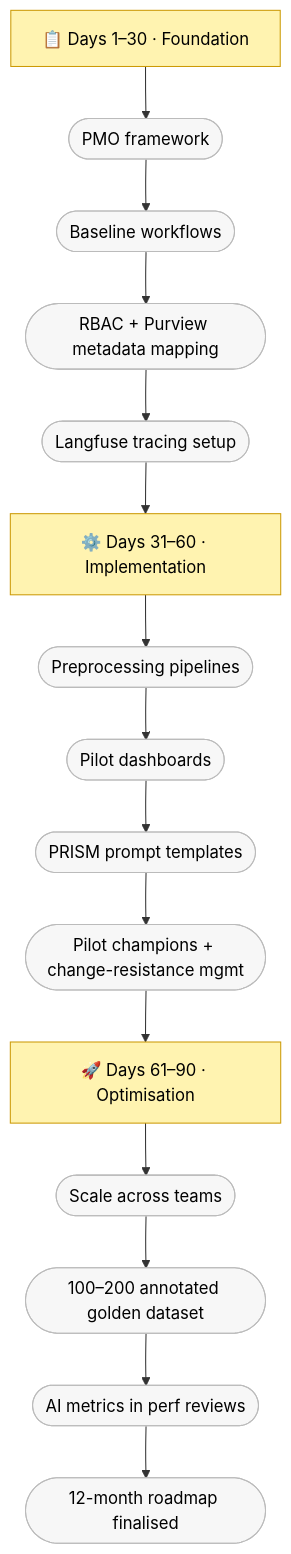
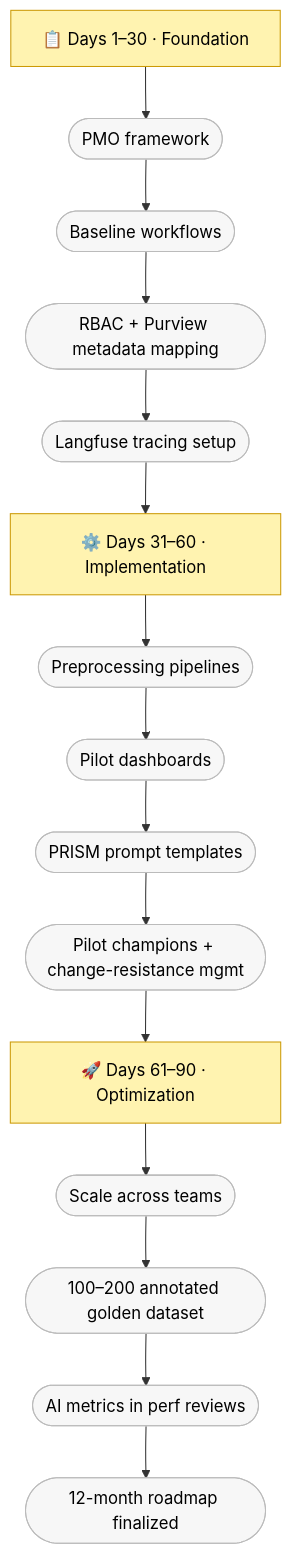
One commit to sfrancis2017/sajivfrancis.github.io changed the fifth of 5 diagrams in src/content/blog/2026-06-07-ai-driven-leadership.mdx. Above: the diagram before and after it, drawn with Mermaid. The commit also changed other lines of this file and 9 other files, not shown here.

````diff
--- a/src/content/blog/2026-06-07-ai-driven-leadership.mdx
+++ b/src/content/blog/2026-06-07-ai-driven-leadership.mdx
@@ -290,15 +290,15 @@
 ```mermaid
 flowchart TB
   P1["📋 Days 1–30 · Foundation"]
   P2["⚙️ Days 31–60 · Implementation"]
-  P3["🚀 Days 61–90 · Optimisation"]
+  P3["🚀 Days 61–90 · Optimization"]
 
   P1 --> a1(["PMO framework"]) --> a2(["Baseline workflows"]) --> a3(["RBAC + Purview metadata mapping"]) --> a4(["Langfuse tracing setup"]) --> P2
   P2 --> b1(["Preprocessing pipelines"]) --> b2(["Pilot dashboards"]) --> b3(["PRISM prompt templates"]) --> b4(["Pilot champions + change-resistance mgmt"]) --> P3
-  P3 --> c1(["Scale across teams"]) --> c2(["100–200 annotated golden dataset"]) --> c3(["AI metrics in perf reviews"]) --> c4(["12-month roadmap finalised"])
+  P3 --> c1(["Scale across teams"]) --> c2(["100–200 annotated golden dataset"]) --> c3(["AI metrics in perf reviews"]) --> c4(["12-month roadmap finalized"])
 
   classDef phase fill:#fff3b0,stroke:#cc9a06,color:#000
   classDef chip fill:#f7f7f7,stroke:#bbbbbb,color:#000
   class P1,P2,P3 phase
   class a1,a2,a3,a4,b1,b2,b3,b4,c1,c2,c3,c4 chip
 ```
````
